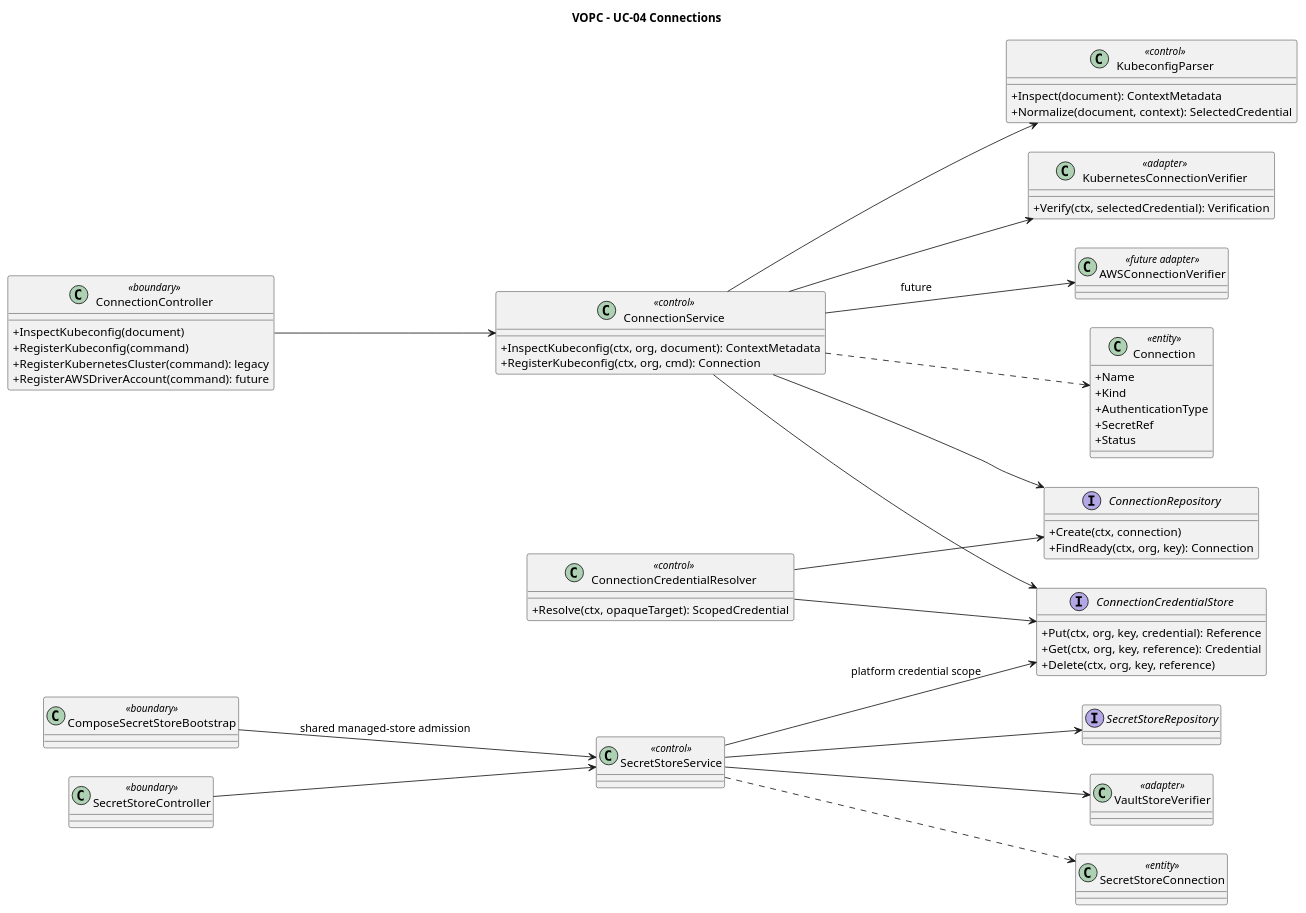
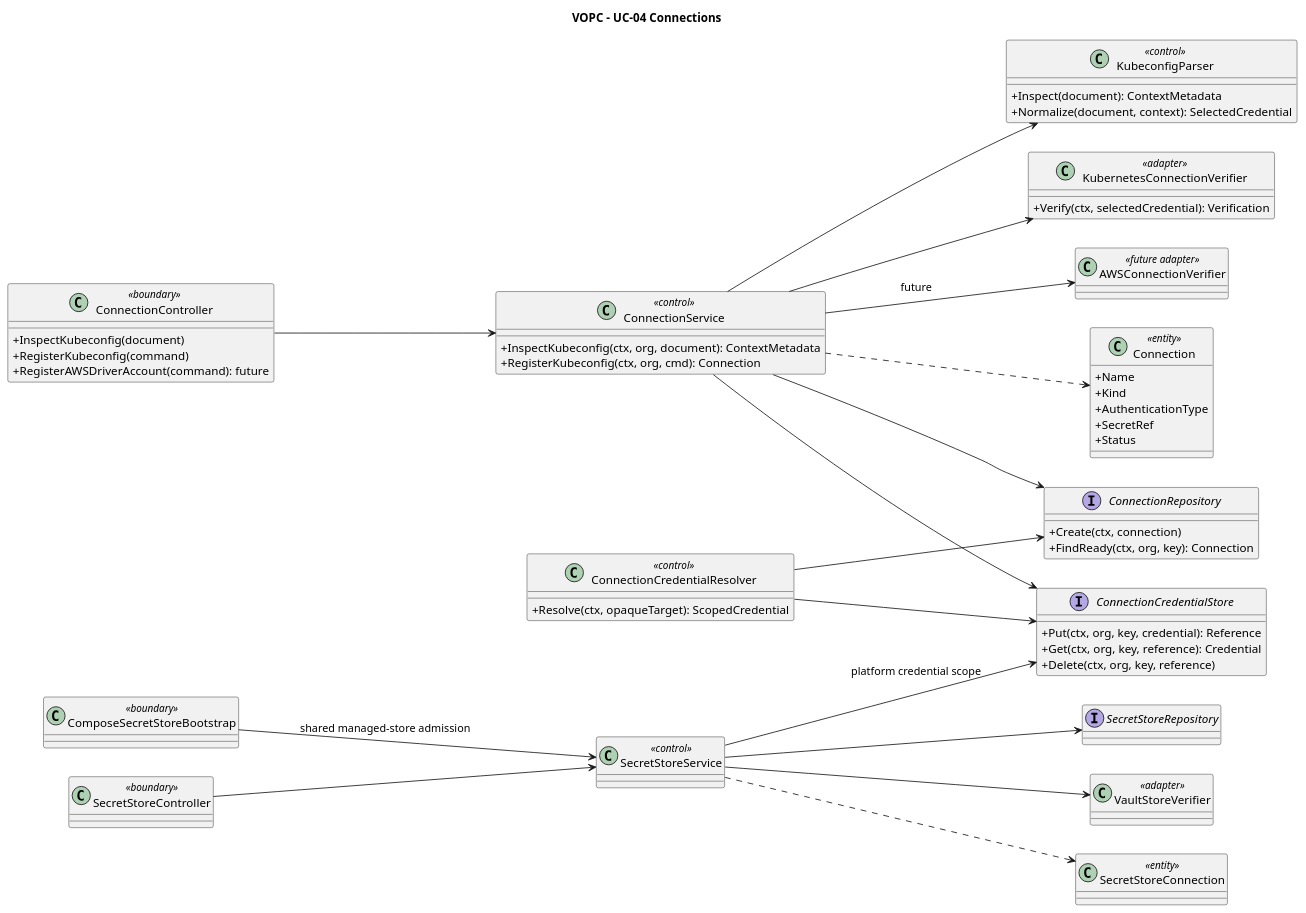
The diagram in orchestrator_docs/usecase/UC-04/vopc.puml (pr3s3nt/poc), drawn with PlantUML before and after one commit. The commit also changed 103 other files, not shown here.

```diff
--- a/orchestrator_docs/usecase/UC-04/vopc.puml
+++ b/orchestrator_docs/usecase/UC-04/vopc.puml
@@ -1,63 +1,62 @@
 @startuml
 title VOPC - UC-04 Connections
 left to right direction
 skinparam classAttributeIconSize 0
 class ConnectionController <<boundary>> {
   +InspectKubeconfig(document)
   +RegisterKubeconfig(command)
-  +RegisterKubernetesCluster(command): legacy
   +RegisterAWSDriverAccount(command): future
 }
 class ConnectionService <<control>> {
   +InspectKubeconfig(ctx, org, document): ContextMetadata
   +RegisterKubeconfig(ctx, org, cmd): Connection
 }
 class KubeconfigParser <<control>> {
   +Inspect(document): ContextMetadata
   +Normalize(document, context): SelectedCredential
 }
 class KubernetesConnectionVerifier <<adapter>> {
   +Verify(ctx, selectedCredential): Verification
 }
 class AWSConnectionVerifier <<future adapter>>
 class Connection <<entity>> {
   +Name
   +Kind
   +AuthenticationType
   +SecretRef
   +Status
 }
 interface ConnectionCredentialStore {
   +Put(ctx, org, key, credential): Reference
   +Get(ctx, org, key, reference): Credential
   +Delete(ctx, org, key, reference)
 }
 interface ConnectionRepository {
   +Create(ctx, connection)
   +FindReady(ctx, org, key): Connection
 }
 class ConnectionCredentialResolver <<control>> {
   +Resolve(ctx, opaqueTarget): ScopedCredential
 }
 ConnectionController --> ConnectionService
 ConnectionService --> KubeconfigParser
 ConnectionService --> ConnectionCredentialStore
 ConnectionService --> ConnectionRepository
 ConnectionService --> KubernetesConnectionVerifier
 ConnectionService --> AWSConnectionVerifier : future
 ConnectionService ..> Connection
 ConnectionCredentialResolver --> ConnectionRepository
 ConnectionCredentialResolver --> ConnectionCredentialStore
 class SecretStoreController <<boundary>>
 class SecretStoreService <<control>>
 class VaultStoreVerifier <<adapter>>
 class SecretStoreConnection <<entity>>
 interface SecretStoreRepository
 SecretStoreController --> SecretStoreService
 SecretStoreService --> VaultStoreVerifier
 SecretStoreService --> SecretStoreRepository
 SecretStoreService --> ConnectionCredentialStore : platform credential scope
 SecretStoreService ..> SecretStoreConnection
 class ComposeSecretStoreBootstrap <<boundary>>
 ComposeSecretStoreBootstrap --> SecretStoreService : shared managed-store admission
 @enduml
```
